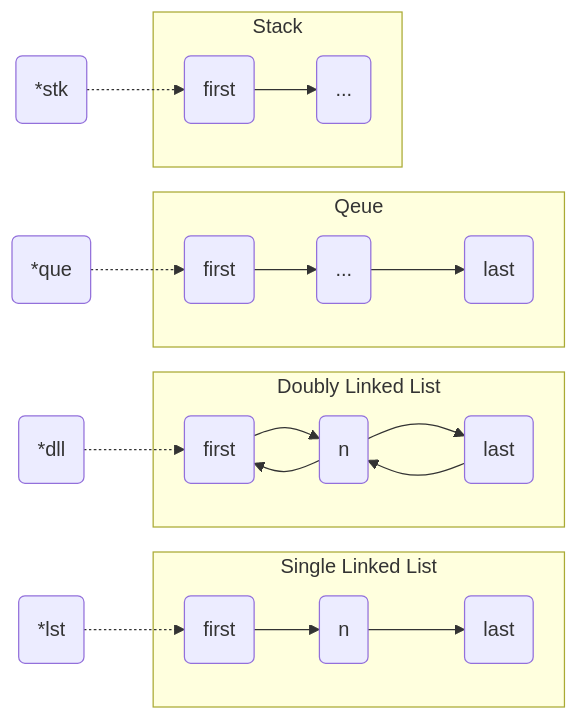
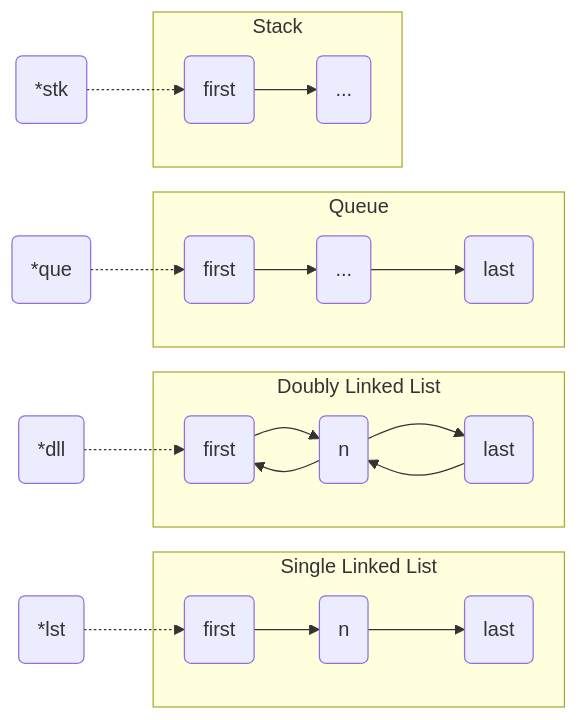
The first of 2 diagrams in README.md (15Galan/gt_datalib), drawn with Mermaid before and after one commit. The commit also changed other lines of this file, not shown here.

````diff
--- a/README.md
+++ b/README.md
@@ -5,26 +5,26 @@
 ```mermaid
 flowchart LR
     lst(*lst) -.-> l1
     subgraph Single Linked List
         l1(first) --> l2(n) --> l3(last)
     end
     
     dll(*dll) -.-> d1
     subgraph Doubly Linked List
         d1(first)
         d2(n)
         d3(last)
         d1 --> d2 --> d3
         d3 --> d2 --> d1
     end
 
     que(*que) -.-> q1
-    subgraph Qeue
+    subgraph Queue
         q1(first) --> q2(...) --> q3(last)
     end
 
     stk(*stk) -.-> s1
     subgraph Stack
         s1(first) --> s2(...)
     end
 ```
````
